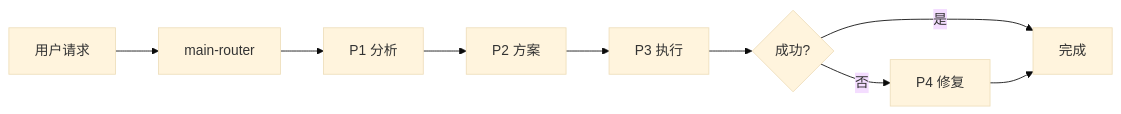
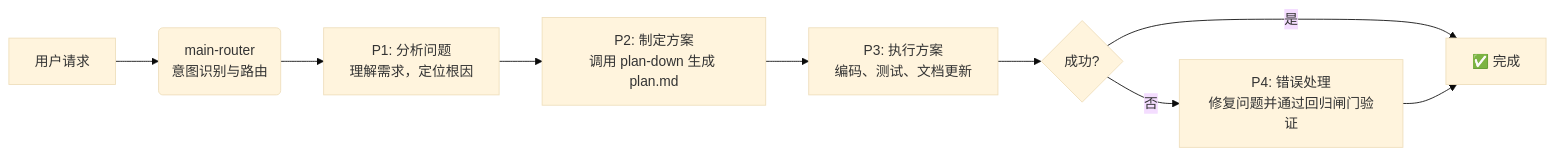
The diagram in README.md (VCnoC/Claude-Code-Zen-mcp-Skill-Work), drawn with Mermaid (base theme) before and after one commit. The commit also changed other lines of this file, not shown here.

````diff
--- a/README.md
+++ b/README.md
@@ -326,11 +25,11 @@
 ```mermaid
 flowchart LR
-    A[用户请求] --> B[main-router]
-    B --> C[P1 分析]
-    C --> D[P2 方案]
-    D --> E[P3 执行]
+    A[用户请求] --> B(main-router<br/>意图识别与路由)
+    B --> C[P1: 分析问题<br/>理解需求，定位根因]
+    C --> D[P2: 制定方案<br/>调用 plan-down 生成 plan.md]
+    D --> E[P3: 执行方案<br/>编码、测试、文档更新]
     E --> F{成功?}
-    F -->|是| G[完成]
-    F -->|否| H[P4 修复]
+    F -->|是| G[✅ 完成]
+    F -->|否| H[P4: 错误处理<br/>修复问题并通过回归闸门验证]
     H --> G
 ```
````
